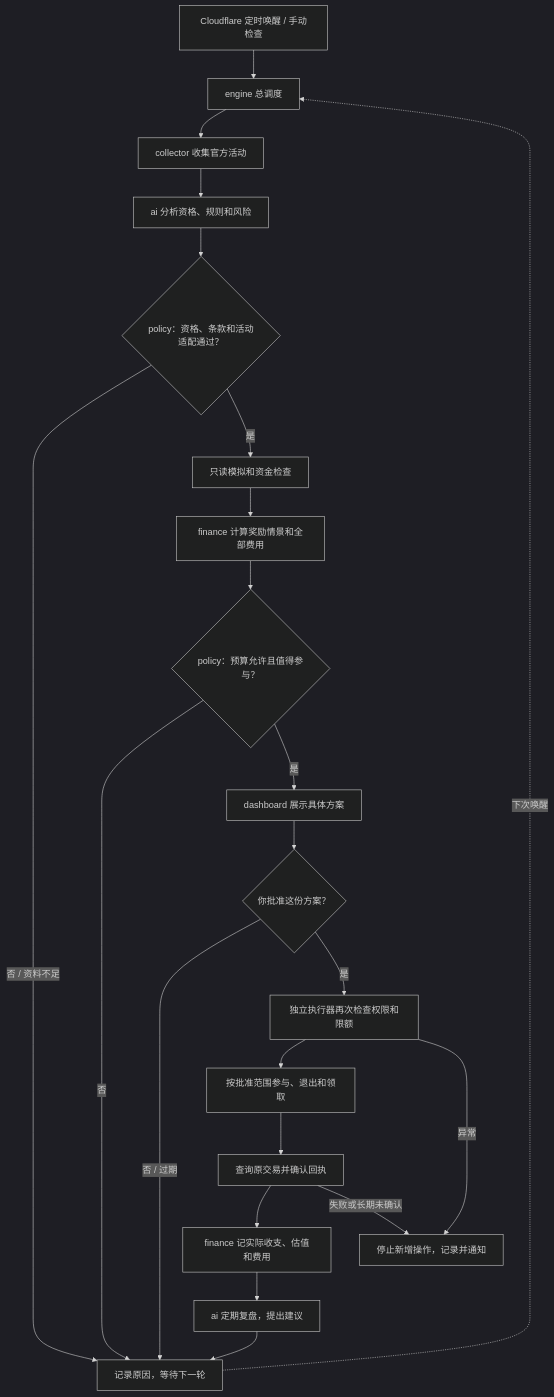
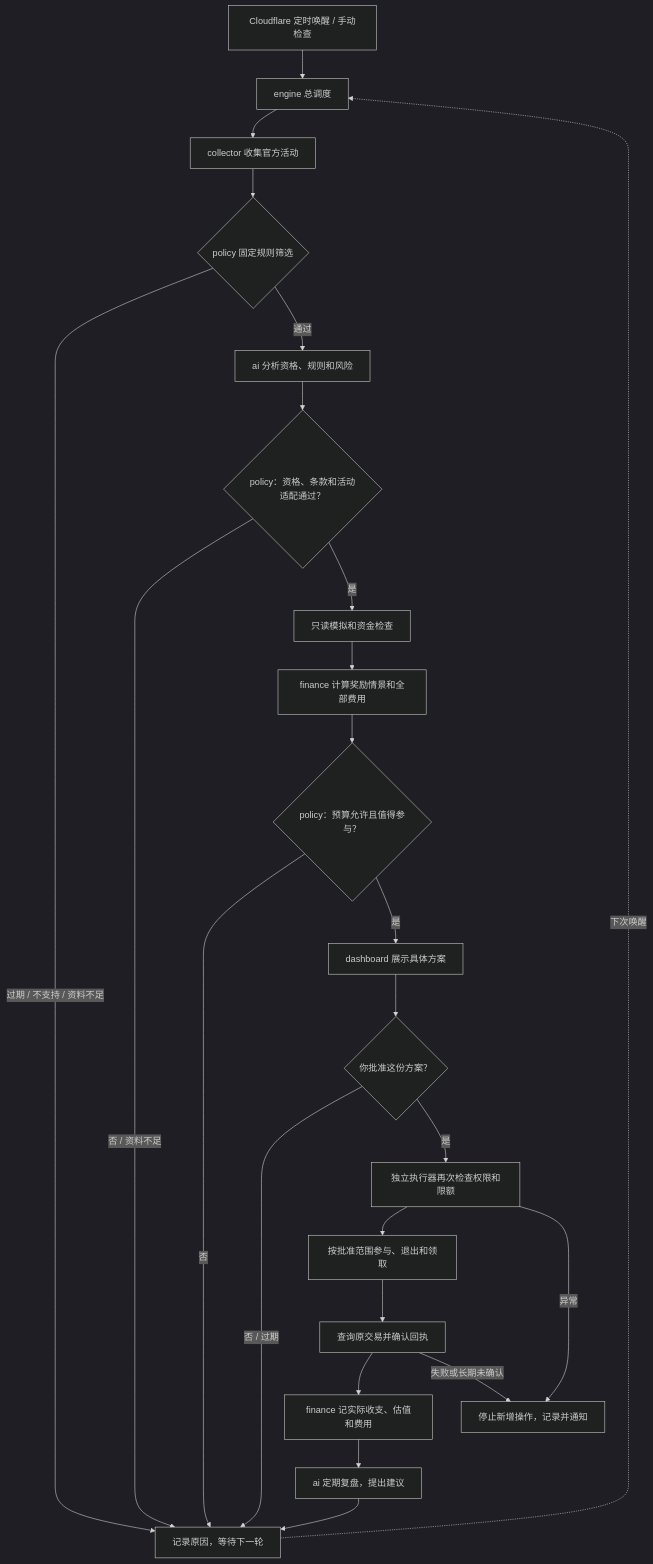
One commit to ashex-lost/auto-crypto changed the diagram in docs/ARCHITECTURE.md. Above: the diagram before and after it, drawn with Mermaid (dark theme). The commit also changed 19 other files, not shown here.

````diff
--- a/docs/ARCHITECTURE.md
+++ b/docs/ARCHITECTURE.md
@@ -3,24 +3,26 @@
 ```mermaid
 flowchart TD
   T[Cloudflare 定时唤醒 / 手动检查] --> E[engine 总调度]
   E --> C[collector 收集官方活动]
-  C --> A[ai 分析资格、规则和风险]
+  C --> S{policy 固定规则筛选}
+  S -- 过期 / 不支持 / 资料不足 --> W
+  S -- 通过 --> A[ai 分析资格、规则和风险]
   A --> Q{policy：资格、条款和活动适配通过？}
   Q -- 否 / 资料不足 --> W[记录原因，等待下一轮]
   Q -- 是 --> V[只读模拟和资金检查]
   V --> F[finance 计算奖励情景和全部费用]
   F --> P{policy：预算允许且值得参与？}
   P -- 否 --> W
   P -- 是 --> U[dashboard 展示具体方案]
   U --> OK{你批准这份方案？}
   OK -- 否 / 过期 --> W
   OK -- 是 --> X[独立执行器再次检查权限和限额]
   X --> TX[按批准范围参与、退出和领取]
   TX --> R[查询原交易并确认回执]
   R --> L[finance 记实际收支、估值和费用]
   L --> REV[ai 定期复盘，提出建议]
   REV --> W
   W -. 下次唤醒 .-> E
   X -- 异常 --> N[停止新增操作，记录并通知]
   R -- 失败或长期未确认 --> N
 ```
````
